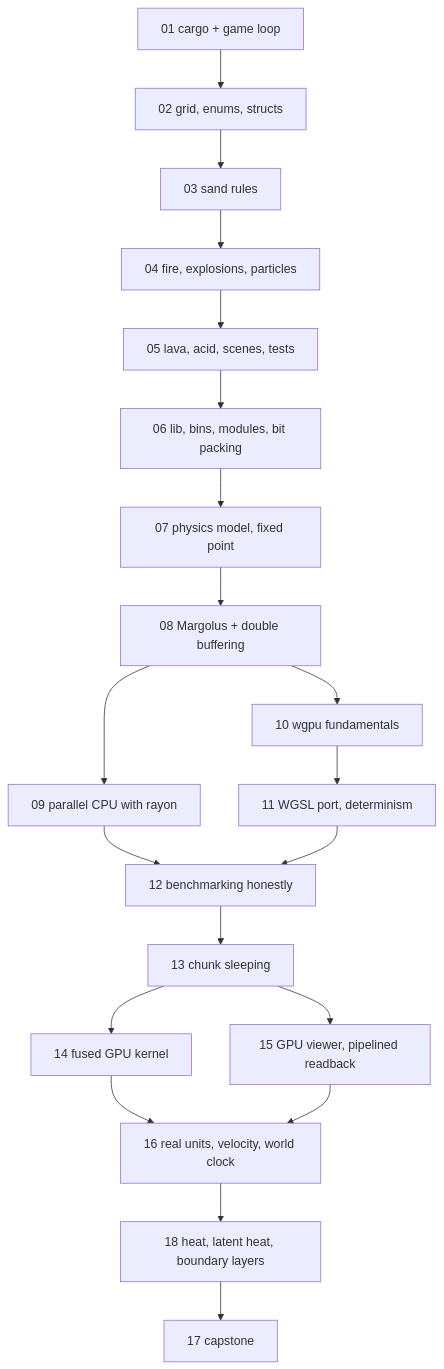
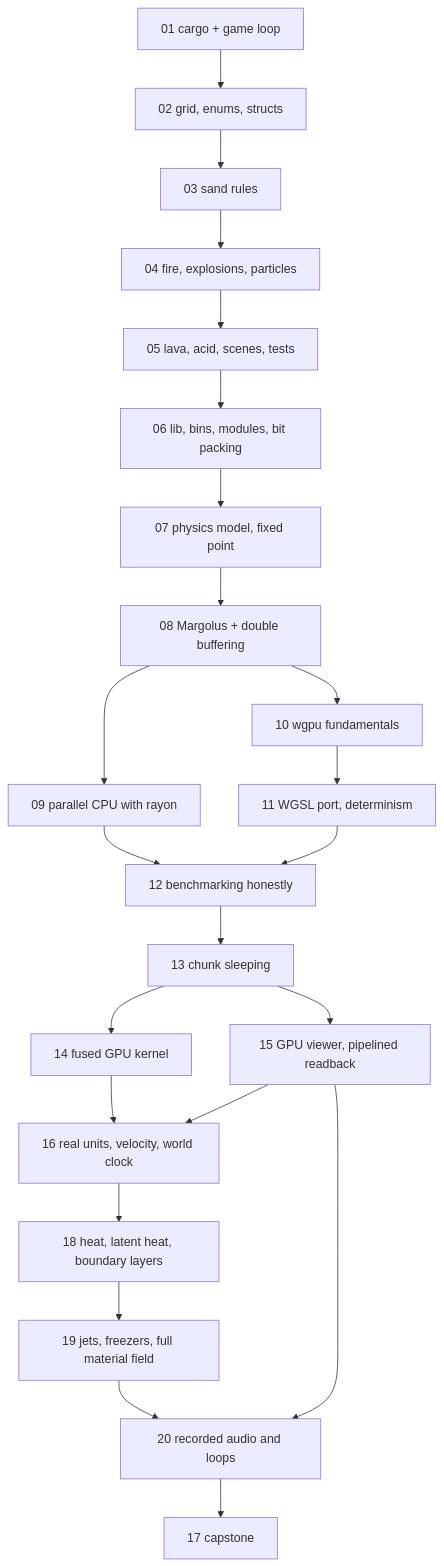
Before and after one commit to anujbarve/falling-sand-rust: the first of 2 diagrams in docs/lessons/00-index.md, drawn with Mermaid. The commit also changed other lines of this file and 15 other files, not shown here.

````diff
--- a/docs/lessons/00-index.md
+++ b/docs/lessons/00-index.md
@@ -133,22 +146,25 @@
 ```mermaid
 graph TD
   L01[01 cargo + game loop] --> L02[02 grid, enums, structs]
   L02 --> L03[03 sand rules]
   L03 --> L04[04 fire, explosions, particles]
   L04 --> L05[05 lava, acid, scenes, tests]
   L05 --> L06[06 lib, bins, modules, bit packing]
   L06 --> L07[07 physics model, fixed point]
   L07 --> L08[08 Margolus + double buffering]
   L08 --> L09[09 parallel CPU with rayon]
   L08 --> L10[10 wgpu fundamentals]
   L10 --> L11[11 WGSL port, determinism]
   L09 --> L12[12 benchmarking honestly]
   L11 --> L12
   L12 --> L13[13 chunk sleeping]
   L13 --> L14[14 fused GPU kernel]
   L13 --> L15[15 GPU viewer, pipelined readback]
   L14 --> L16[16 real units, velocity, world clock]
   L15 --> L16
   L16 --> L18[18 heat, latent heat, boundary layers]
-  L18 --> L17[17 capstone]
+  L18 --> L19[19 jets, freezers, full material field]
+  L19 --> L20[20 recorded audio and loops]
+  L15 --> L20
+  L20 --> L17[17 capstone]
 ```
````
